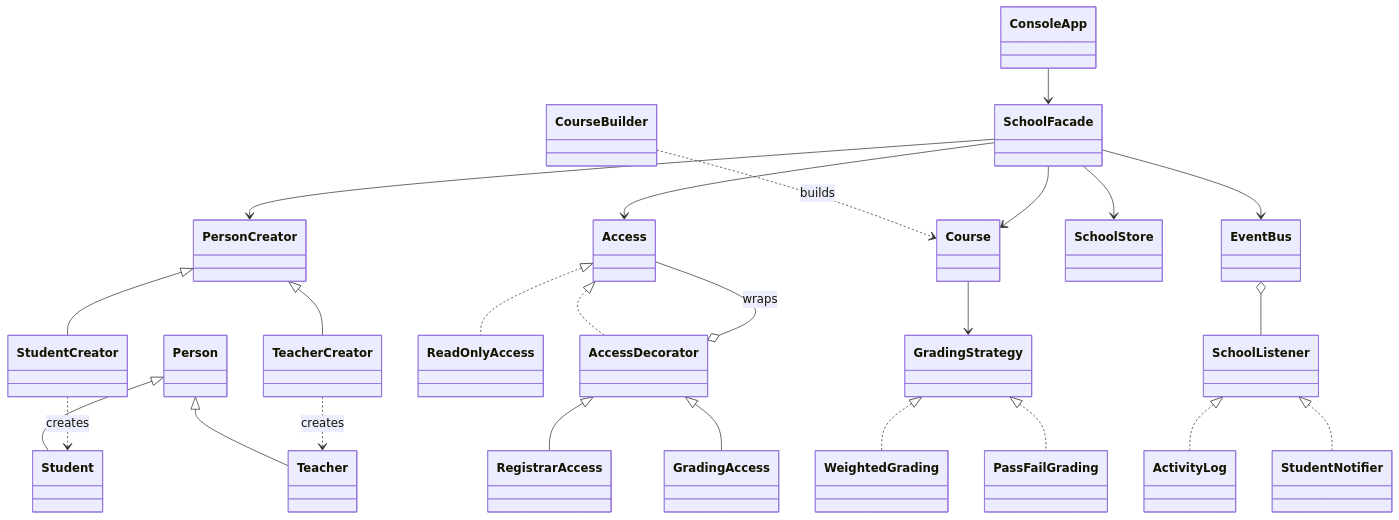
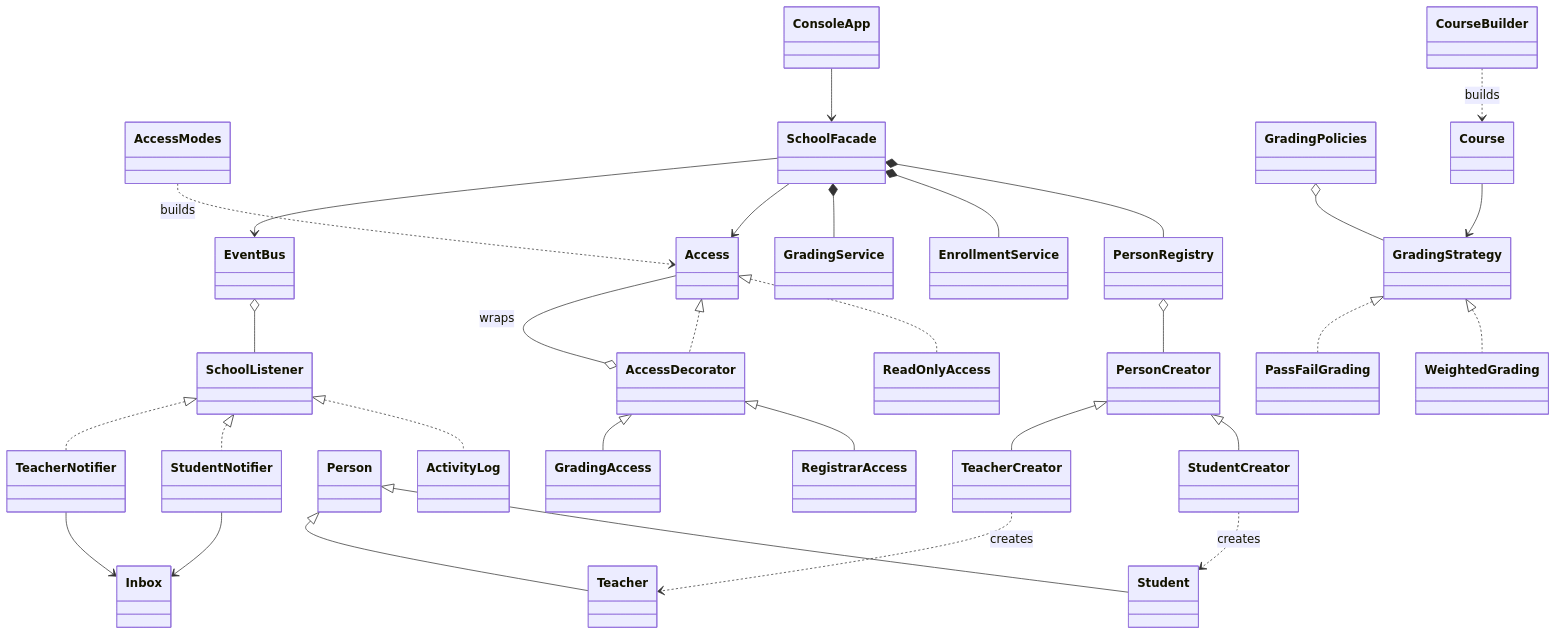
One commit to Asylstyle/school-management-system changed the first of 2 diagrams in docs/architecture.md. Above: the diagram before and after it, drawn with Mermaid. The commit also changed other lines of this file and 6 other files, not shown here.

````diff
--- a/docs/architecture.md
+++ b/docs/architecture.md
@@ -5,27 +19,33 @@
 ```mermaid
 classDiagram
   PersonCreator <|-- StudentCreator
   PersonCreator <|-- TeacherCreator
   Person <|-- Student
   Person <|-- Teacher
   StudentCreator ..> Student : creates
   TeacherCreator ..> Teacher : creates
+  PersonRegistry o-- PersonCreator
   Access <|.. ReadOnlyAccess
   Access <|.. AccessDecorator
   AccessDecorator o-- Access : wraps
   AccessDecorator <|-- RegistrarAccess
   AccessDecorator <|-- GradingAccess
+  AccessModes ..> Access : builds
   CourseBuilder ..> Course : builds
   Course --> GradingStrategy
   GradingStrategy <|.. WeightedGrading
   GradingStrategy <|.. PassFailGrading
-  SchoolFacade --> PersonCreator
+  GradingPolicies o-- GradingStrategy
+  SchoolFacade *-- PersonRegistry
+  SchoolFacade *-- EnrollmentService
+  SchoolFacade *-- GradingService
   SchoolFacade --> Access
-  SchoolFacade --> Course
-  SchoolFacade --> SchoolStore
   SchoolFacade --> EventBus
   EventBus o-- SchoolListener
   SchoolListener <|.. ActivityLog
   SchoolListener <|.. StudentNotifier
+  SchoolListener <|.. TeacherNotifier
+  StudentNotifier --> Inbox
+  TeacherNotifier --> Inbox
   ConsoleApp --> SchoolFacade
 ```
````
